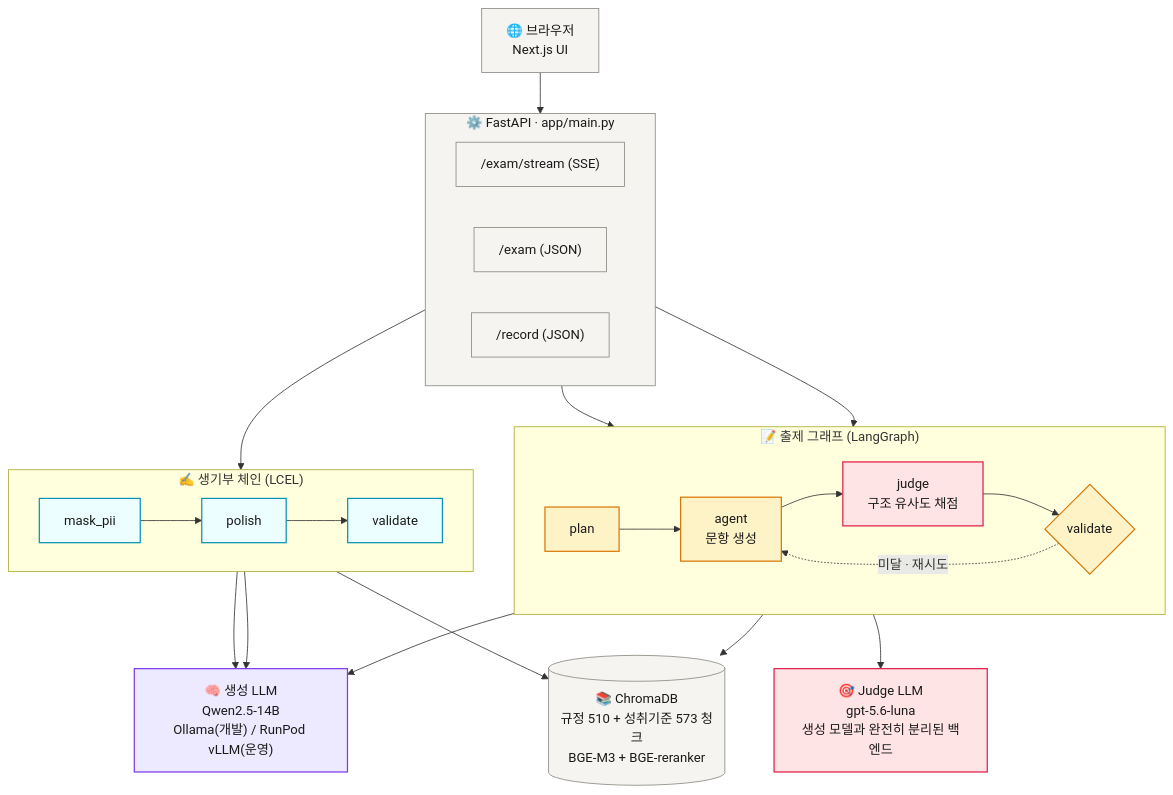
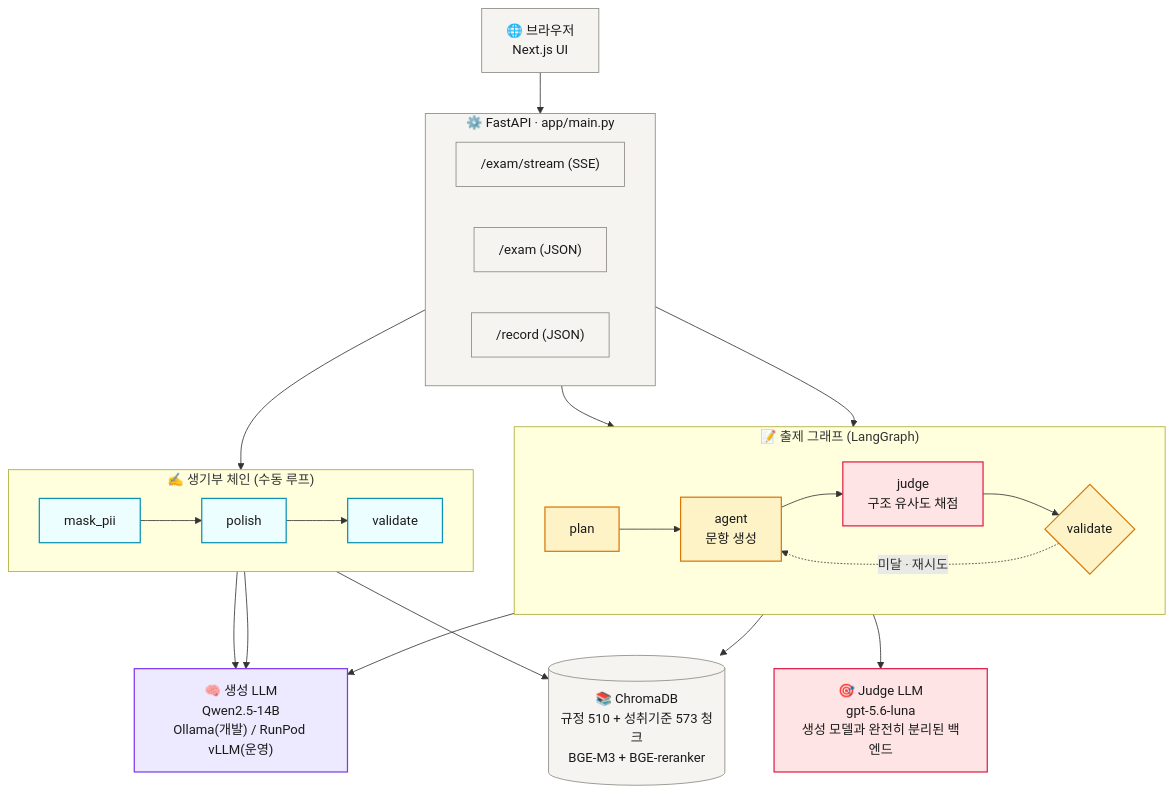
Before and after one commit to MachuEngine/bunpil: the first of 7 diagrams in README.md, drawn with Mermaid. The commit also changed other lines of this file and 7 other files, not shown here.

````diff
--- a/README.md
+++ b/README.md
@@ -35,51 +35,51 @@
 ```mermaid
 flowchart TB
     Browser["🌐 브라우저<br/>Next.js UI"]
 
     subgraph API["⚙️ FastAPI · app/main.py"]
         direction LR
         EP1["/exam/stream (SSE)"]
         EP2["/exam (JSON)"]
         EP3["/record (JSON)"]
     end
 
     Browser --> API
 
     subgraph ExamG["📝 출제 그래프 (LangGraph)"]
         direction LR
         Plan["plan"] --> Agent["agent<br/>문항 생성"] --> Judge["judge<br/>구조 유사도 채점"] --> Validate{"validate"}
         Validate -. "미달 · 재시도" .-> Agent
     end
 
-    subgraph RecordC["✍️ 생기부 체인 (LCEL)"]
+    subgraph RecordC["✍️ 생기부 체인 (수동 루프)"]
         direction LR
         Mask["mask_pii"] --> Polish["polish"] --> RValidate["validate"]
     end
 
     EP1 --> ExamG
     EP2 --> ExamG
     EP3 --> RecordC
 
     RAG[("📚 ChromaDB<br/>규정 510 + 성취기준 573 청크<br/>BGE-M3 + BGE-reranker")]
     GenLLM["🧠 생성 LLM<br/>Qwen2.5-14B<br/>Ollama(개발) / RunPod vLLM(운영)"]
     JudgeLLM["🎯 Judge LLM<br/>gpt-5.6-luna<br/>생성 모델과 완전히 분리된 백엔드"]
 
     Agent --> RAG
     Agent --> GenLLM
     Judge --> JudgeLLM
     Polish --> GenLLM
     RValidate --> GenLLM
     RValidate --> RAG
 
     class Browser,API,EP1,EP2,EP3,RAG neutral
     class Plan,Agent,Validate exam
     class Judge,JudgeLLM judge
     class Mask,Polish,RValidate record
     class GenLLM llm
 
     classDef neutral fill:#F5F4F1,stroke:#8A8880,stroke-width:1px,color:#1A1A1A
     classDef exam fill:#FEF3C7,stroke:#D97706,stroke-width:1.5px,color:#1A1A1A
     classDef record fill:#ECFEFF,stroke:#0891B2,stroke-width:1.5px,color:#1A1A1A
     classDef llm fill:#EDE9FE,stroke:#7C3AED,stroke-width:1.5px,color:#1A1A1A
     classDef judge fill:#FFE4E6,stroke:#E11D48,stroke-width:1.5px,color:#1A1A1A
 ```
````
